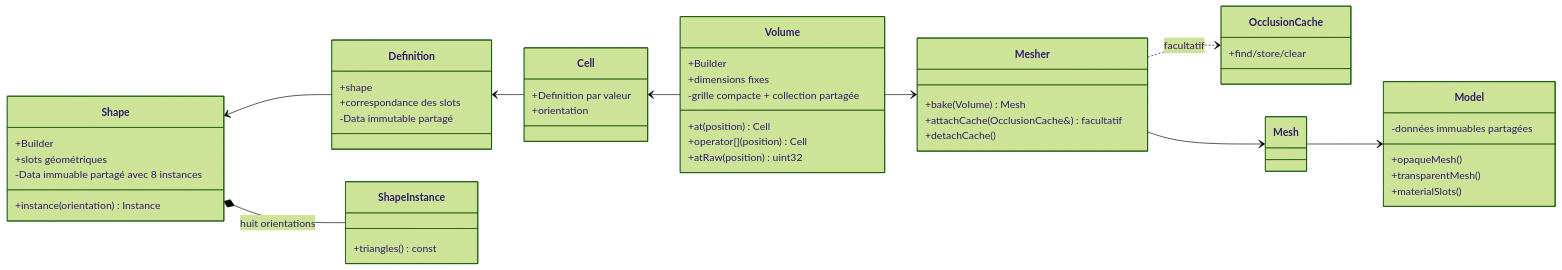
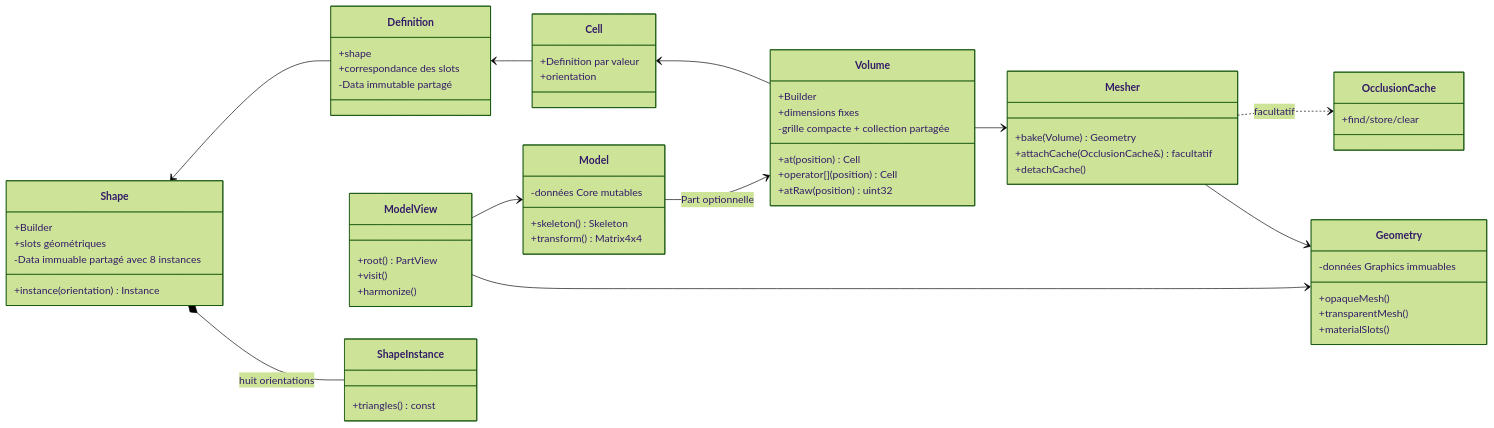
The diagram in docs/voxel-engine-v0.1.4/02-modele-voxel.md (EreliaStudio/Sparkle), drawn with Mermaid (forest theme) before and after one commit. The commit also changed other lines of this file, not shown here.

Commit message:
Update voxel data architecture diagram and Volume Builder API documentation

````diff
--- a/docs/voxel-engine-v0.1.4/02-modele-voxel.md
+++ b/docs/voxel-engine-v0.1.4/02-modele-voxel.md
@@ -7,52 +7,64 @@
 ```mermaid
 classDiagram
   direction LR
   class Shape {
     +Builder
     +slots géométriques
     +instance(orientation) Instance
     -Data immuable partagé avec 8 instances
   }
   class Definition {
     +shape
     +correspondance des slots
     -Data immutable partagé
   }
   class Cell {
     +Definition par valeur
     +orientation
   }
   class Volume {
     +Builder
     +dimensions fixes
     +at(position) Cell
     +operator[](position) Cell
     +atRaw(position) uint32
     -grille compacte + collection partagée
   }
   class Model {
+    +skeleton() Skeleton
+    +transform() Matrix4x4
+    -données Core mutables
+  }
+  class Geometry {
     +opaqueMesh()
     +transparentMesh()
     +materialSlots()
-    -données immuables partagées
+    -données Graphics immuables
+  }
+  class ModelView {
+    +root() PartView
+    +visit()
+    +harmonize()
   }
   class ShapeInstance {
     +triangles() const
   }
   class OcclusionCache {
     +find/store/clear
   }
   class Mesher {
-    +bake(Volume) Mesh
+    +bake(Volume) Geometry
     +attachCache(OcclusionCache&) facultatif
     +detachCache()
   }
   Shape <-- Definition
   Definition <-- Cell
   Cell <-- Volume
   Shape *-- ShapeInstance : huit orientations
   Mesher ..> OcclusionCache : facultatif
   Volume --> Mesher
-  Mesher --> Mesh
-  Mesh --> Model
+  Mesher --> Geometry
+  Model --> Volume : Part optionnelle
+  ModelView --> Model
+  ModelView --> Geometry
 ```
````
